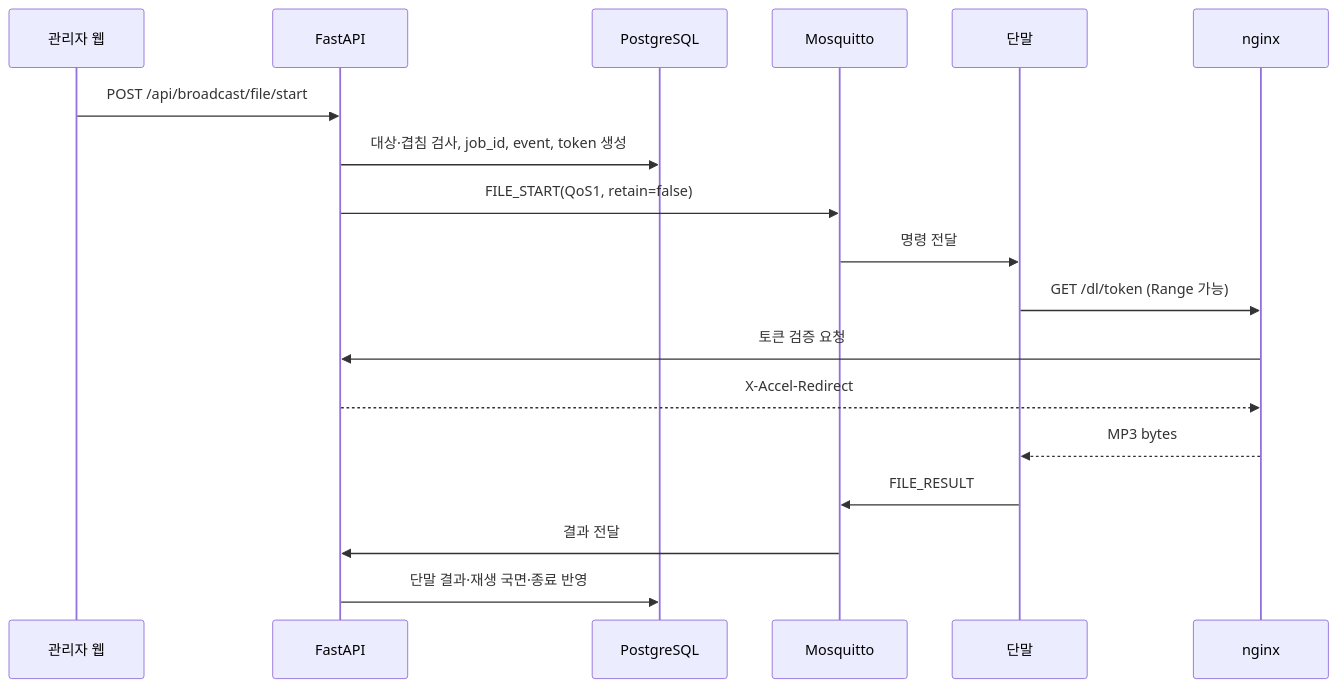
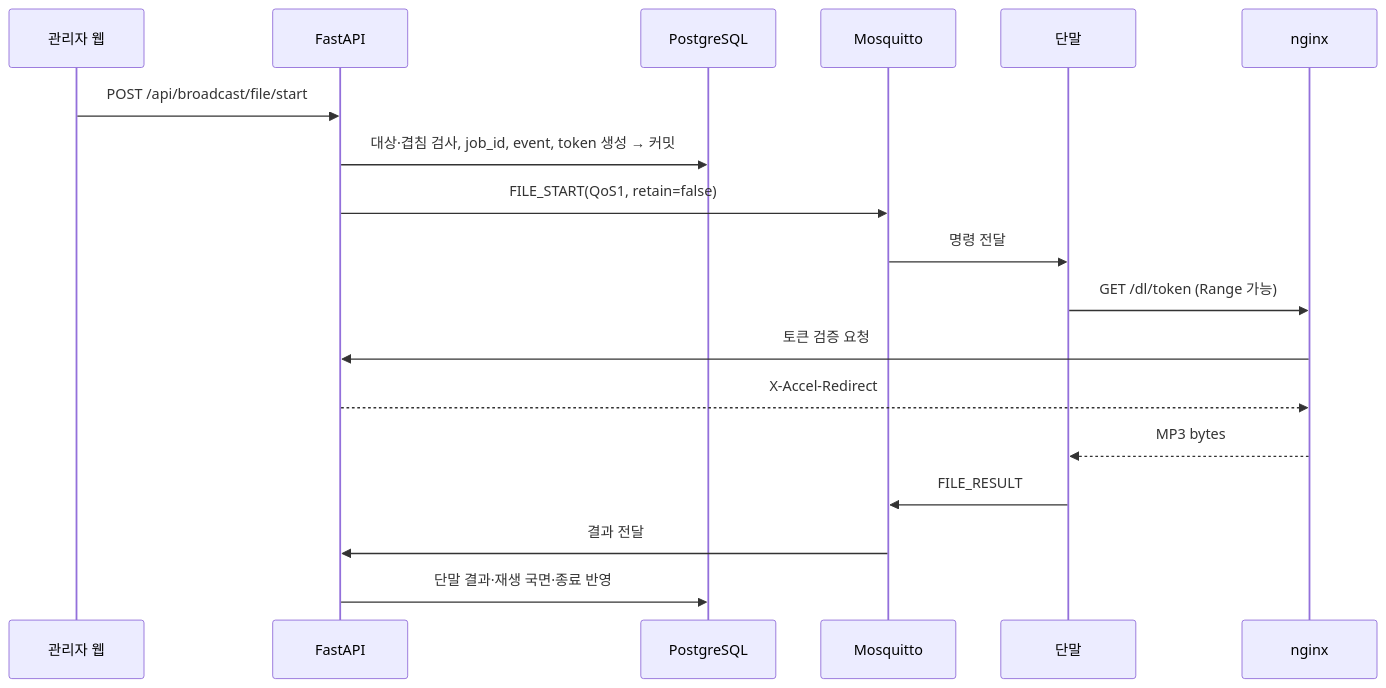
Before and after one commit to masterjms/hanna_aircast_platform: the third of 4 diagrams in docs/current/01_시스템_아키텍처.md, drawn with Mermaid. The commit also changed other lines of this file and 3 other files, not shown here.

````diff
--- a/docs/current/01_시스템_아키텍처.md
+++ b/docs/current/01_시스템_아키텍처.md
@@ -115,21 +115,21 @@
 ```mermaid
 sequenceDiagram
     participant UI as 관리자 웹
     participant B as FastAPI
     participant DB as PostgreSQL
     participant M as Mosquitto
     participant D as 단말
     participant N as nginx
 
     UI->>B: POST /api/broadcast/file/start
-    B->>DB: 대상·겹침 검사, job_id, event, token 생성
+    B->>DB: 대상·겹침 검사, job_id, event, token 생성 → 커밋
     B->>M: FILE_START(QoS1, retain=false)
     M->>D: 명령 전달
     D->>N: GET /dl/token (Range 가능)
     N->>B: 토큰 검증 요청
     B-->>N: X-Accel-Redirect
     N-->>D: MP3 bytes
     D->>M: FILE_RESULT
     M->>B: 결과 전달
     B->>DB: 단말 결과·재생 국면·종료 반영
 ```
````
